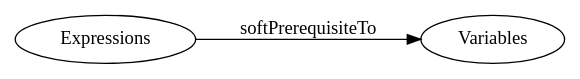
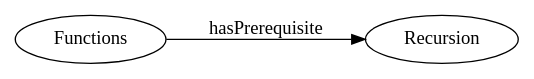
One commit to ezrichards/concept-graph changed the diagram in graphviz/prerequisites.dot. Above: the diagram before and after it, drawn with Graphviz. The commit also changed 12 other files, not shown here.

```diff
--- a/graphviz/prerequisites.dot
+++ b/graphviz/prerequisites.dot
@@ -1,9 +1,9 @@
 digraph {
     rankdir=LR;
 
     # hard prerequisites
-    # "Functions" -> "Recursion" [ label="prerequisiteTo" ];
+    "Functions" -> "Recursion" [ label="hasPrerequisite" ];
     
     # soft prerequisites
-    "Expressions" -> "Variables" [ label="softPrerequisiteTo" ];
+    # "Expressions" -> "Variables" [ label="hasSoftPrerequisite" ];
 }
```
